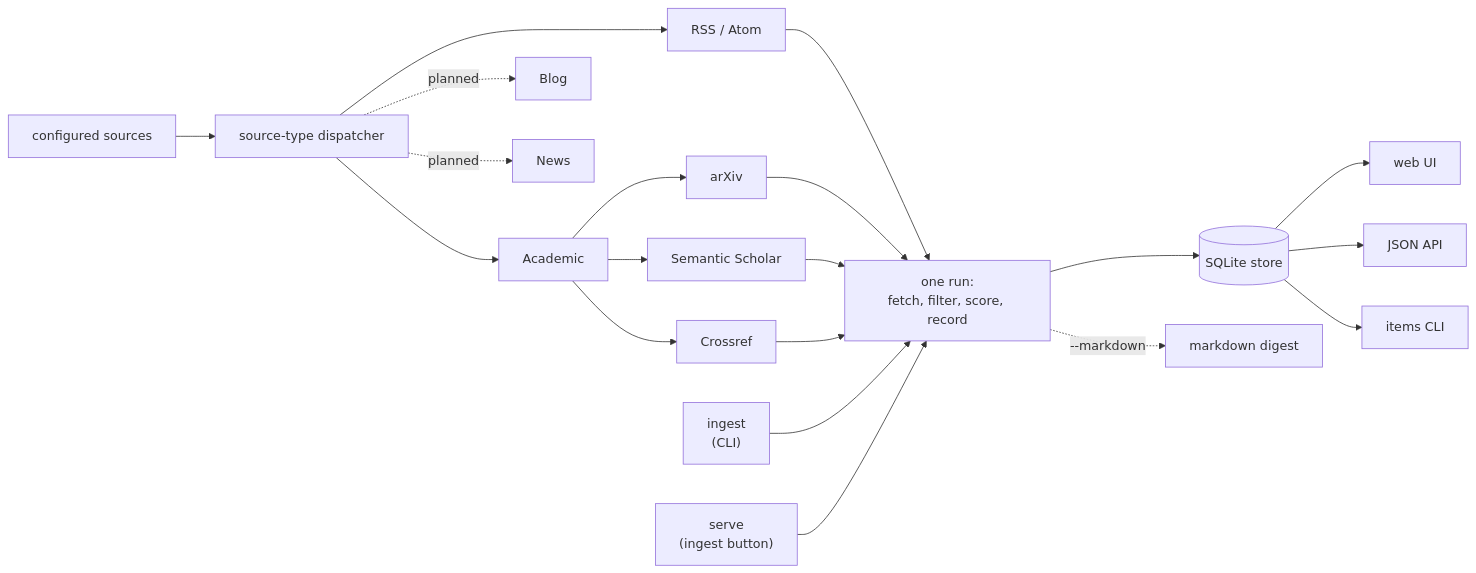
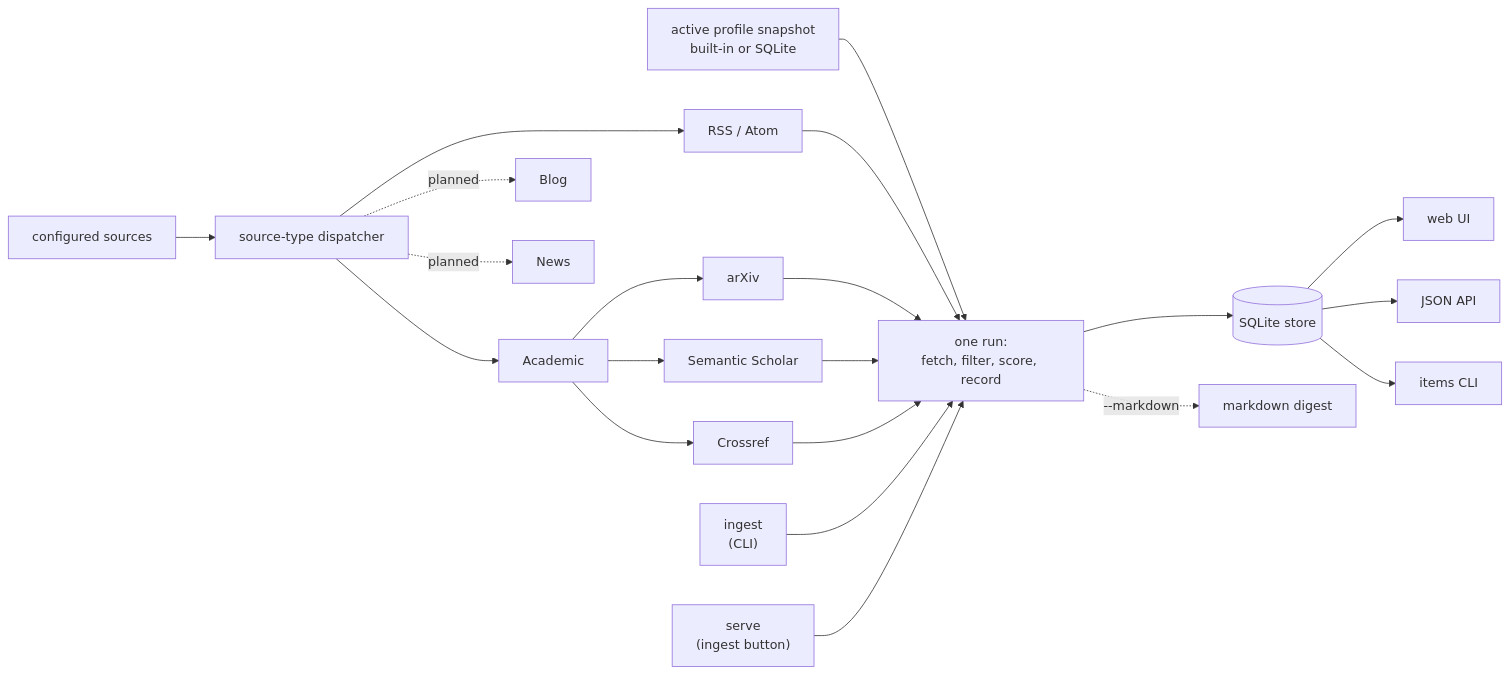
Before and after one commit to DanielBlei/rabbithole: the first of 2 diagrams in docs/architecture.md, drawn with Mermaid. The commit also changed other lines of this file and 39 other files, not shown here.

````diff
--- a/docs/architecture.md
+++ b/docs/architecture.md
@@ -5,26 +5,27 @@
 ```mermaid
 flowchart LR
     CFG[configured sources] --> DISP[source-type dispatcher]
+    PROF["active profile snapshot<br/>built-in or SQLite"] --> RUN
 
     DISP --> RSS[RSS / Atom]
     DISP --> ACAD[Academic]
     DISP -. planned .-> BLOG[Blog]
     DISP -. planned .-> NEWS[News]
 
     ACAD --> ARXIV[arXiv]
     ACAD --> S2[Semantic Scholar]
     ACAD --> CROSSREF[Crossref]
 
     RSS --> RUN
     ARXIV --> RUN
     S2 --> RUN
     CROSSREF --> RUN
 
     CLI["ingest<br/>(CLI)"] --> RUN
     WEB["serve<br/>(ingest button)"] --> RUN
     RUN[one run:<br/>fetch, filter, score, record] --> DB[(SQLite store)]
     RUN -. "--markdown" .-> MD[markdown digest]
     DB --> UI[web UI]
     DB --> API[JSON API]
     DB --> ITEMS[items CLI]
 ```
````
